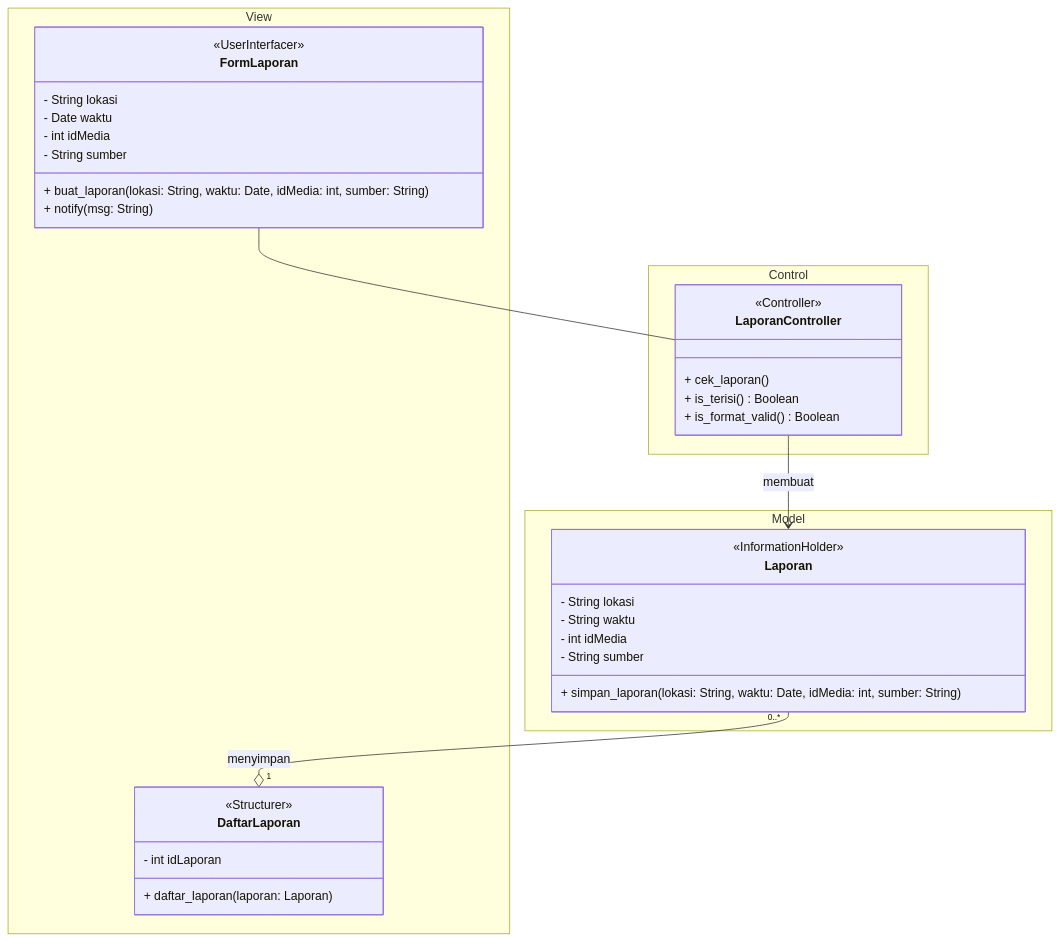
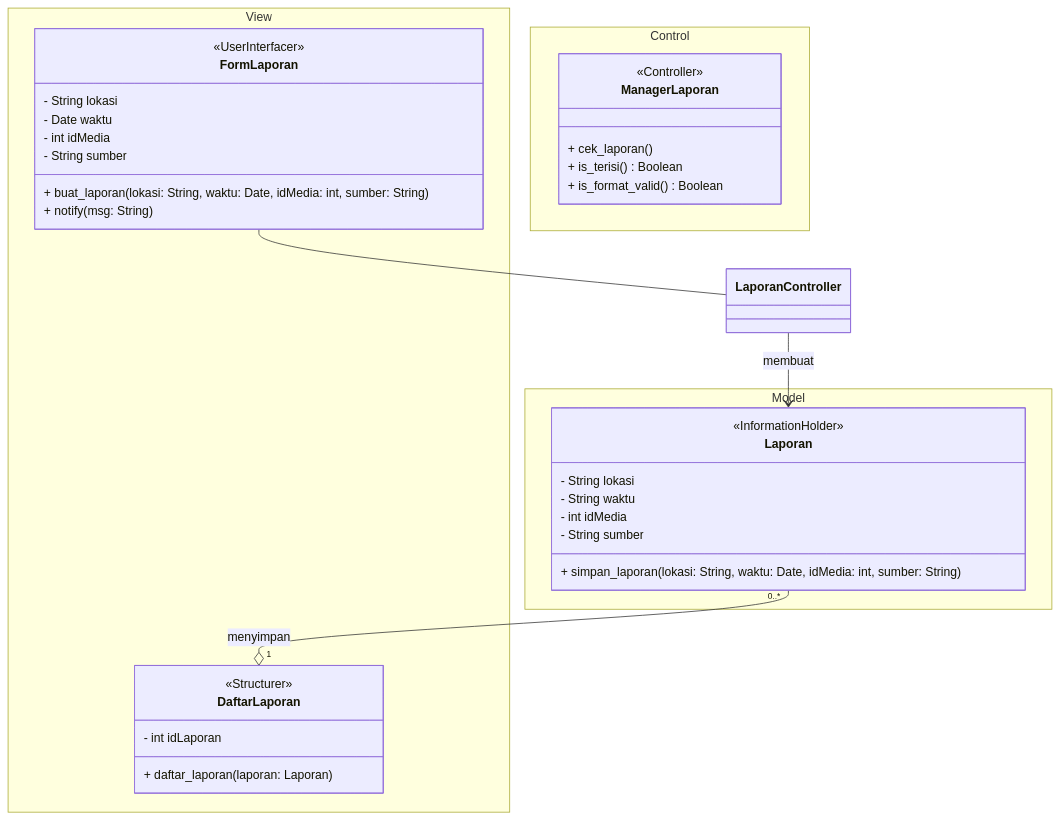
One commit to star-scripter/IF2150-RPL-K03-G02 changed the sixth of 28 diagrams in docs/M7/K03_G02_DPPL.md. Above: the diagram before and after it, drawn with Mermaid. The commit also changed other lines of this file, not shown here.

````diff
--- a/docs/M7/K03_G02_DPPL.md
+++ b/docs/M7/K03_G02_DPPL.md
@@ -419,41 +419,41 @@
 ```mermaid
 classDiagram
     namespace View {
         class FormLaporan {
             <<UserInterfacer>>
             - String lokasi
             - Date waktu
             - int idMedia
             - String sumber 
             + buat_laporan(lokasi: String, waktu: Date, idMedia: int, sumber: String)
             + notify(msg: String)
         }
         class DaftarLaporan {
             <<Structurer>>
             - int idLaporan
             + daftar_laporan(laporan: Laporan)
         }
     }
     namespace Control {
-        class LaporanController {
+        class ManagerLaporan {
             <<Controller>>
             + cek_laporan()
             + is_terisi() Boolean
             + is_format_valid() Boolean
         }
     }
     namespace Model {
         class Laporan {
             <<InformationHolder>>
             - String lokasi
             - String waktu
             - int idMedia
             - String sumber
             + simpan_laporan(lokasi: String, waktu: Date, idMedia: int, sumber: String)
         }
     }
 
     FormLaporan -- LaporanController
     LaporanController --> Laporan : membuat
     Laporan "0..*" --o "1" DaftarLaporan : menyimpan
 ```
````
